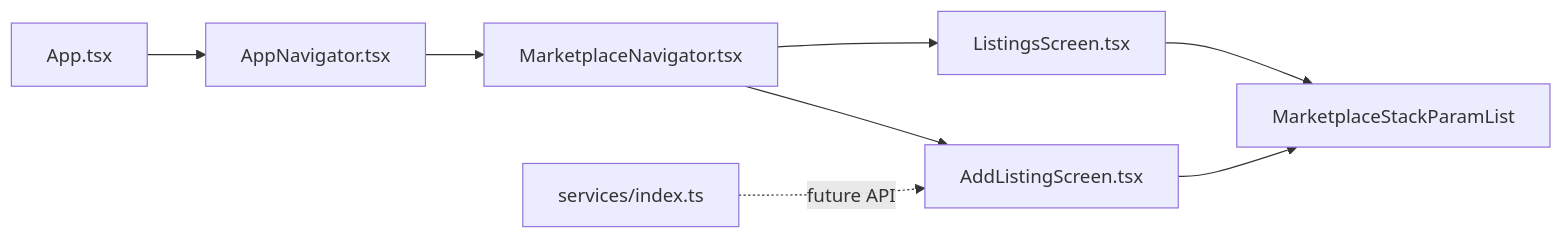
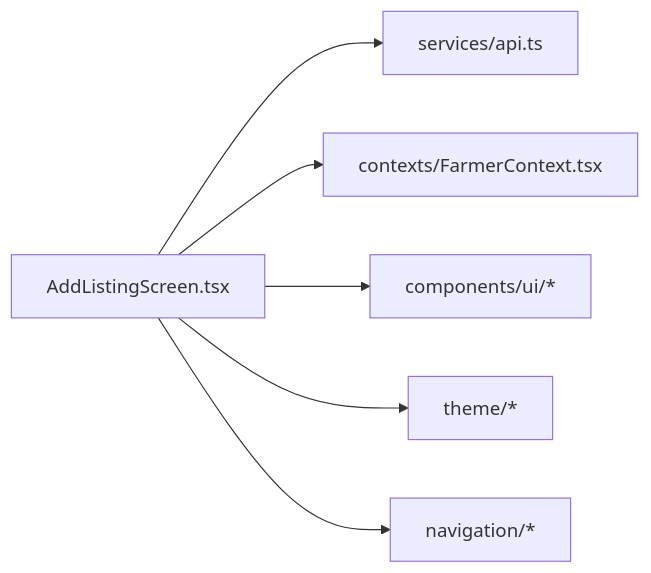
One commit to Aiman-Naeem/KisaanDost_AI_hackathon_Pakistan changed the third of 3 diagrams in .qoder/repowiki/en/content/Marketplace Feature/Add Listing Screen.md. Above: the diagram before and after it, drawn with Mermaid. The commit also changed other lines of this file and 42 other files, not shown here.

Commit message:
Day 2: farmer identity persistence, voice UX polish, listing detail/edit/call, shared design system, QA pass

````diff
--- a/.qoder/repowiki/en/content/Marketplace Feature/Add Listing Screen.md
+++ b/.qoder/repowiki/en/content/Marketplace Feature/Add Listing Screen.md
@@ -197,10 +292,8 @@
 ```mermaid
 graph LR
-Listings["ListingsScreen.tsx"] --> Types["MarketplaceStackParamList"]
-AddListing["AddListingScreen.tsx"] --> Types
-MarketplaceNav["MarketplaceNavigator.tsx"] --> Listings
-MarketplaceNav --> AddListing
-AppNav["AppNavigator.tsx"] --> MarketplaceNav
-App["App.tsx"] --> AppNav
-Services["services/index.ts"] -.future API.-> AddListing
+AddListing["AddListingScreen.tsx"] --> API["services/api.ts"]
+AddListing --> Context["contexts/FarmerContext.tsx"]
+AddListing --> UI["components/ui/*"]
+AddListing --> Theme["theme/*"]
+AddListing --> Navigation["navigation/*"]
 ```
````
